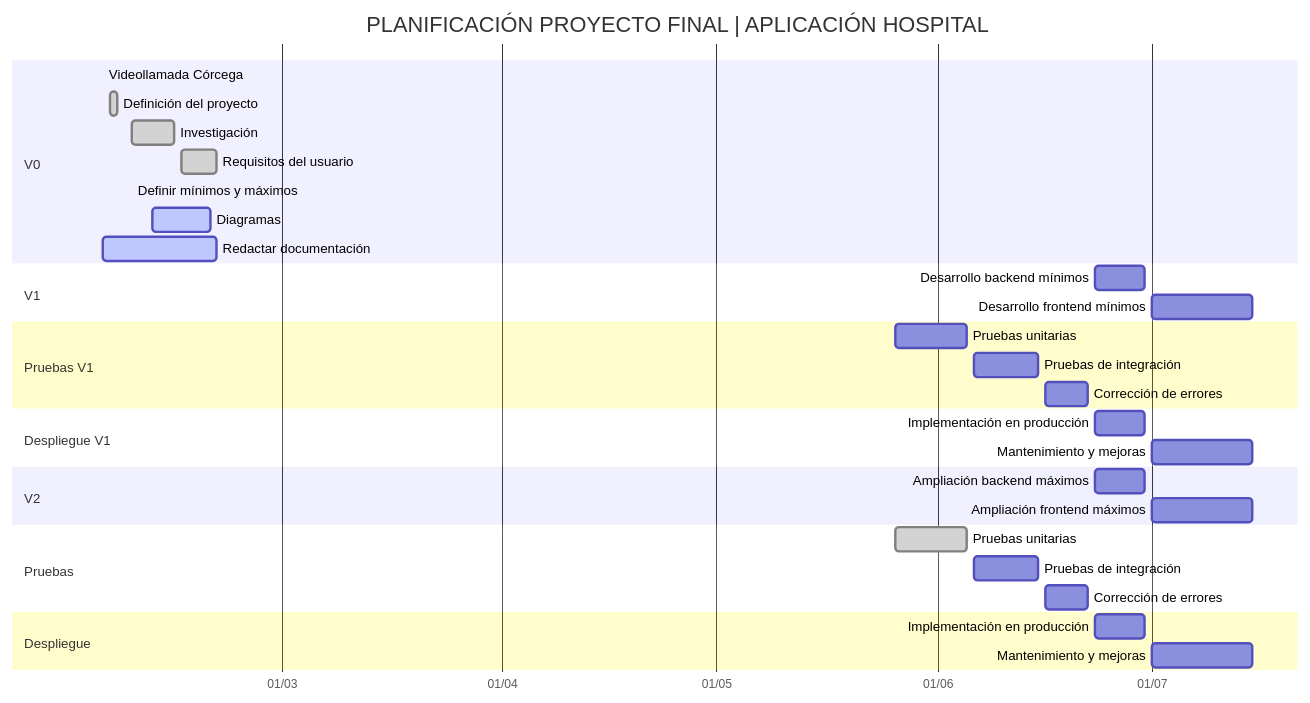
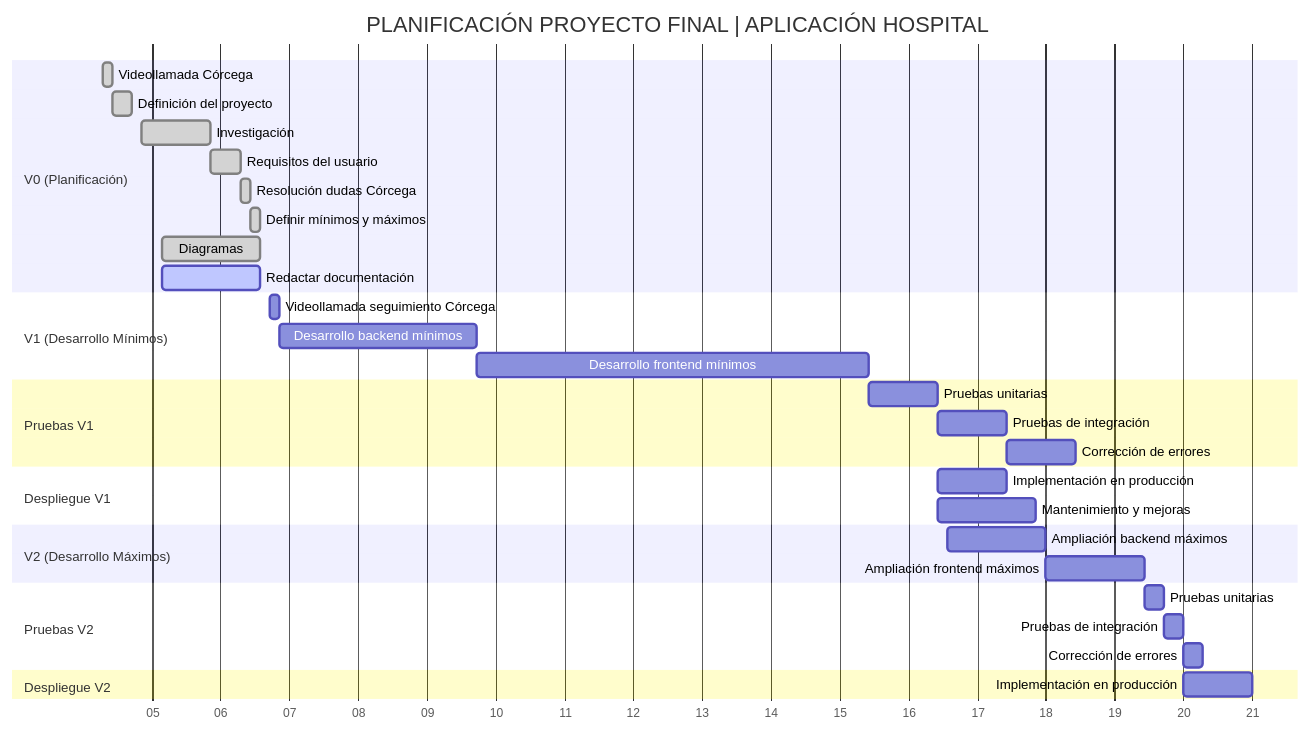
Before and after one commit to Cri4tura/Hospital-Front-end: the diagram in README.md, drawn with Mermaid. The commit also changed other lines of this file, not shown here.

````diff
--- a/README.md
+++ b/README.md
@@ -6,41 +12,42 @@
 ```mermaid
 gantt
     title PLANIFICACIÓN PROYECTO FINAL | APLICACIÓN HOSPITAL
     dateFormat  YYYY-MM-DD
-    axisFormat  %d/%m
+    axisFormat %W
 
-    section V0
-    Videollamada Córcega          :done,    v0a, 2025-02-04, 2025-02-04
-    Definición del proyecto       :done,    v0b, 2025-02-05, 2025-02-06
-    Investigación                 :done,    v0c, 2025-02-08, 2025-02-14
-    Requisitos del usuario        :done,    v0d, 2025-02-15, 2025-02-20
-    Definir mínimos y máximos     :active,  v0e, 2025-02-08, 2025-02-
-    Diagramas                     :active,  v0f, 2025-02-11, 2025-02-19
-    Redactar documentación        :active,  v0g, 2025-02-04, 2025-02-20
+    section V0 (Planificación)
+    Videollamada Córcega          :done, v0a, 2025-02-04, 1d
+    Definición del proyecto       :done, v0b, 2025-02-05, 2d
+    Investigación                 :done, v0c, 2025-02-08, 7d
+    Requisitos del usuario        :done, v0d, 2025-02-15, 3d
+    Resolución dudas Córcega      :done, v0e, 2025-02-18, 1d
+    Definir mínimos y máximos     :done, v0f, 2025-02-19, 1d
+    Diagramas                     :done, v0g, 2025-02-10, 10d
+    Redactar documentación        :active, v0h, 2025-02-10, 10d
 
-    section V1
-    Desarrollo backend mínimos  :        v1a, 2025-06-23, 2025-06-30
-    Desarrollo frontend mínimos        :        v1b, 2025-07-01, 2025-07-15
+    section V1 (Desarrollo Mínimos)
+    Videollamada seguimiento Córcega    : v1a, 2025-02-21, 1d
+    Desarrollo backend mínimos          : v1b, after v1a, 20d
+    Desarrollo frontend mínimos         : v1c, after v1b, 2025-04-23
 
     section Pruebas V1
-    Pruebas unitarias              :        des1, 2025-05-26, 2025-06-05
-    Pruebas de integración         :        des2, 2025-06-06, 2025-06-15
-    Corrección de errores          :        des3, 2025-06-16, 2025-06-22
+    Pruebas unitarias                   : des1, after v1c, 7d
+    Pruebas de integración              : 7d
+    Corrección de errores               : 7d
 
     section Despliegue V1
-    Implementación en producción   :        des4, 2025-06-23, 2025-06-30
-    Mantenimiento y mejoras        :        des5, 2025-07-01, 2025-07-15
+    Implementación en producción        : des4, after des3, 7d
+    Mantenimiento y mejoras             : des5, 2025-04-30, 10d
 
-    section V2
-    Ampliación backend máximos  :        v2a, 2025-06-23, 2025-06-30
-    Ampliación frontend máximos        :        v2b, 2025-07-01, 2025-07-15
+    section V2 (Desarrollo Máximos)
+    Ampliación backend máximos          : v2a, 2025-05-01, 10d
+    Ampliación frontend máximos         : v2b, after v2a, 10d
 
-    section Pruebas
-    Pruebas unitarias              :done,    des9, 2025-05-26, 2025-06-05
-    Pruebas de integración         :        des10, 2025-06-06, 2025-06-15
-    Corrección de errores          :        des11, 2025-06-16, 2025-06-22
+    section Pruebas V2
+    Pruebas unitarias                   : des9, after v2b, 2d
+    Pruebas de integración              : des10, after des9, 2d
+    Corrección de errores               : des11, after des10, 2d
 
-    section Despliegue
-    Implementación en producción   :        des12, 2025-06-23, 2025-06-30
-    Mantenimiento y mejoras        :        des13, 2025-07-01, 2025-07-15
+    section Despliegue V2
+    Implementación en producción        : des12, 2025-05-25, 7d
 ```
````
